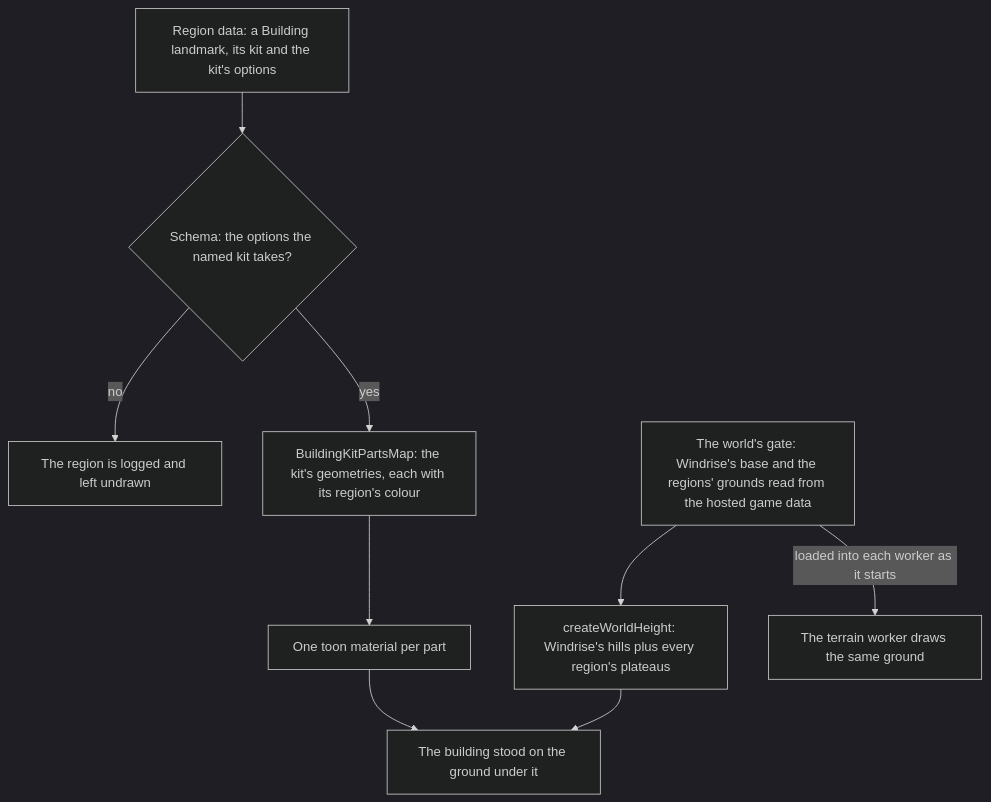
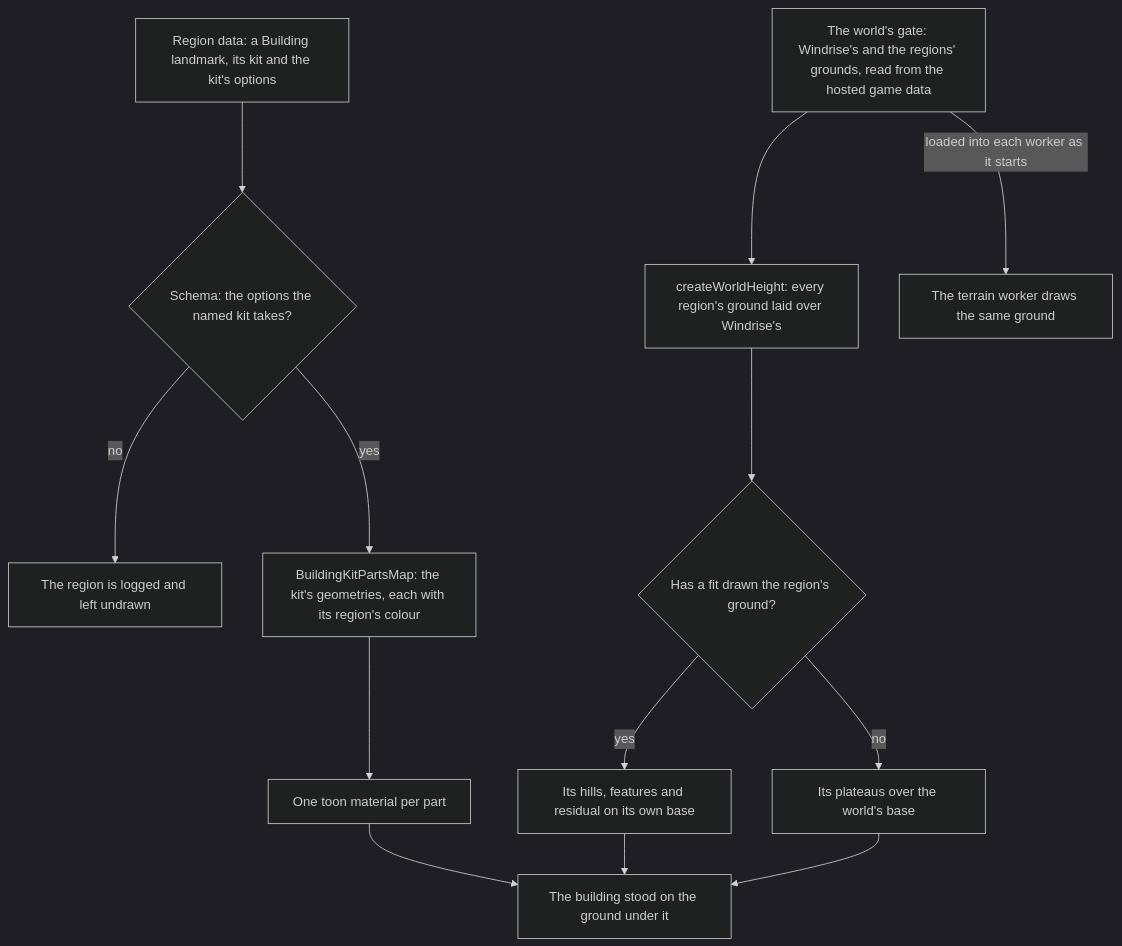
One commit to Esposter/Esposter changed the diagram in apps/web/content/docs/genshin/region-buildings.md. Above: the diagram before and after it, drawn with Mermaid (dark theme). The commit also changed other lines of this file and 33 other files, not shown here.

````diff
--- a/apps/web/content/docs/genshin/region-buildings.md
+++ b/apps/web/content/docs/genshin/region-buildings.md
@@ -12,11 +12,15 @@
 ```mermaid
 flowchart TD
   RD["Region data: a Building landmark, its kit and the kit's options"] --> SC{"Schema: the options the named kit takes?"}
   SC -->|no| ERR[The region is logged and left undrawn]
   SC -->|yes| MAP["BuildingKitPartsMap: the kit's geometries, each with its region's colour"]
   MAP --> MAT[One toon material per part]
-  GD["The world's gate: Windrise's base and the regions' grounds read from the hosted game data"] --> G
-  G["createWorldHeight: Windrise's hills plus every region's plateaus"] --> POS[The building stood on the ground under it]
+  GD["The world's gate: Windrise's and the regions' grounds, read from the hosted game data"] --> G
+  G["createWorldHeight: every region's ground laid over Windrise's"] --> F{"Has a fit drawn the region's ground?"}
+  F -->|"yes"| FH["Its hills, features and residual on its own base"]
+  F -->|"no"| PL["Its plateaus over the world's base"]
+  FH --> POS[The building stood on the ground under it]
+  PL --> POS
   MAT --> POS
   GD -->|"loaded into each worker as it starts"| WK[The terrain worker draws the same ground]
 ```
````
